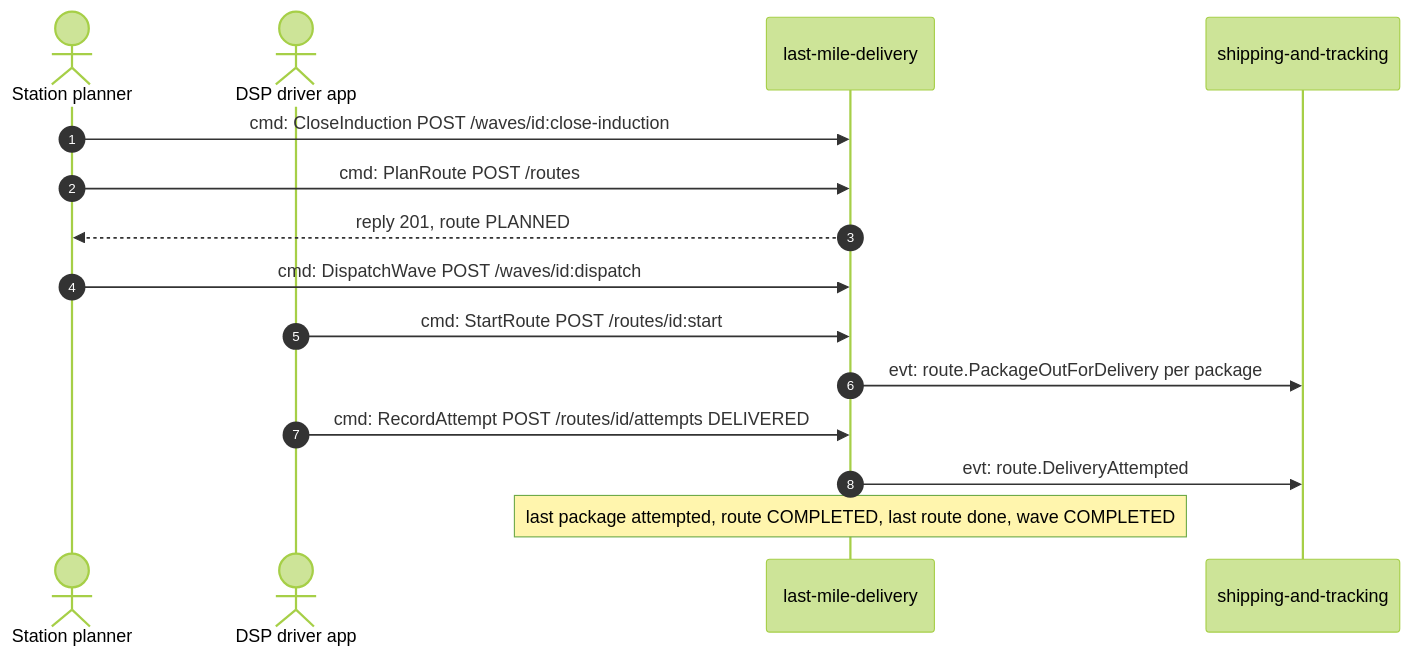
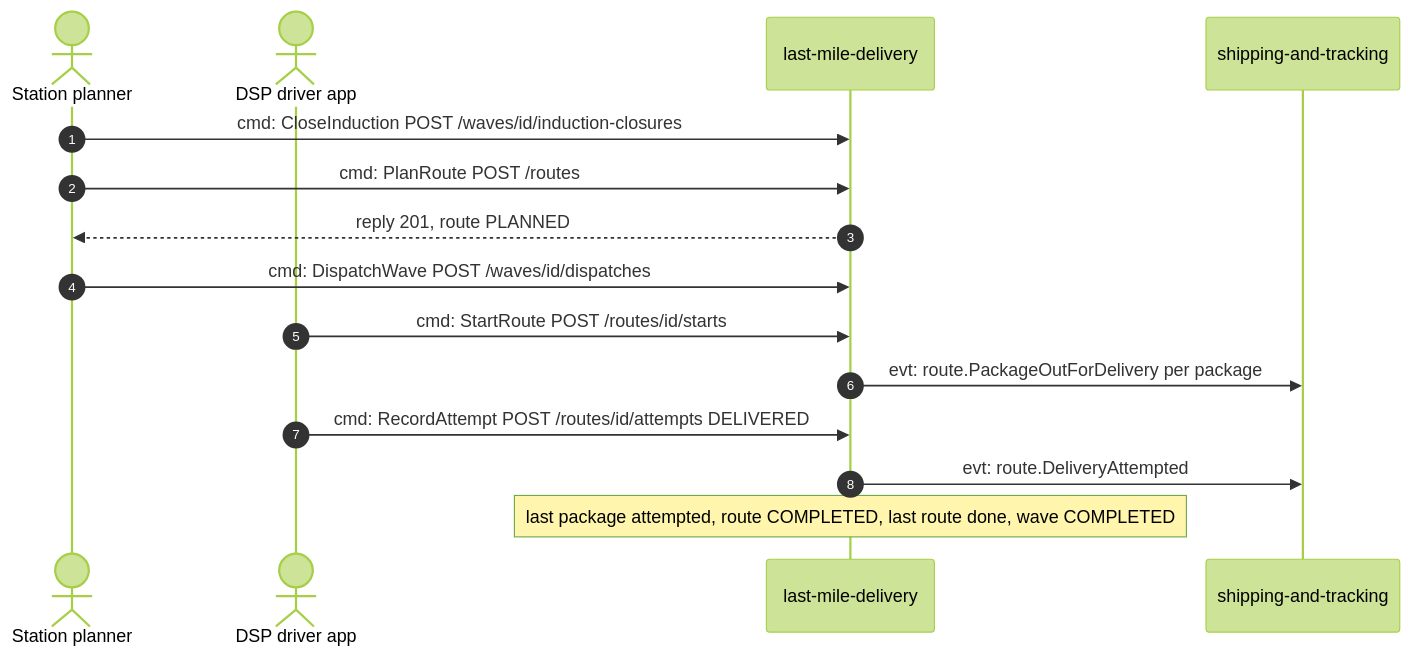
One commit to IQVO/last-mile-delivery changed the third of 4 diagrams in docs/docs/ddd/domain-message-flow.md. Above: the diagram before and after it, drawn with Mermaid (forest theme). The commit also changed 53 other files, not shown here.

````diff
--- a/docs/docs/ddd/domain-message-flow.md
+++ b/docs/docs/ddd/domain-message-flow.md
@@ -59,17 +59,17 @@
 ```mermaid
 sequenceDiagram
     autonumber
     actor SP as Station planner
     actor DR as DSP driver app
     participant LM as last-mile-delivery
     participant ST as shipping-and-tracking
-    SP->>LM: cmd: CloseInduction POST /waves/id:close-induction
+    SP->>LM: cmd: CloseInduction POST /waves/id/induction-closures
     SP->>LM: cmd: PlanRoute POST /routes
     LM-->>SP: reply 201, route PLANNED
-    SP->>LM: cmd: DispatchWave POST /waves/id:dispatch
-    DR->>LM: cmd: StartRoute POST /routes/id:start
+    SP->>LM: cmd: DispatchWave POST /waves/id/dispatches
+    DR->>LM: cmd: StartRoute POST /routes/id/starts
     LM->>ST: evt: route.PackageOutForDelivery per package
     DR->>LM: cmd: RecordAttempt POST /routes/id/attempts DELIVERED
     LM->>ST: evt: route.DeliveryAttempted
     Note over LM: last package attempted, route COMPLETED, last route done, wave COMPLETED
 ```
````
